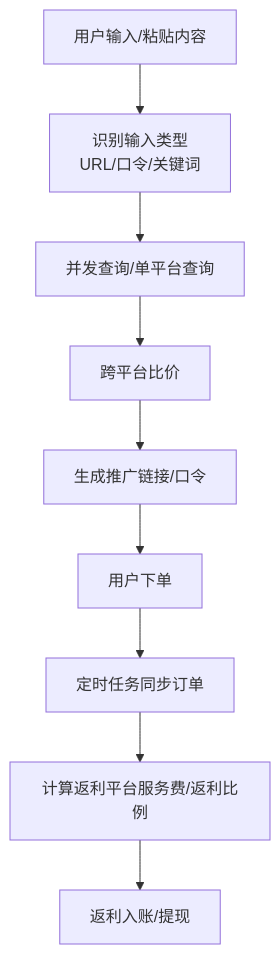
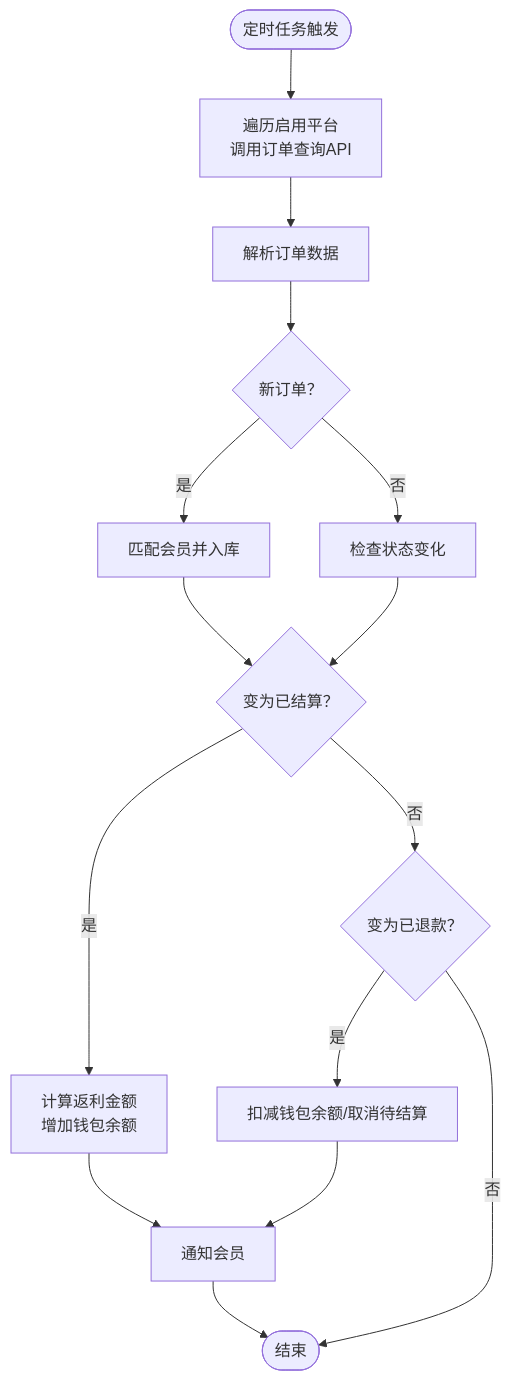
The sixth of 7 diagrams in .qoder/repowiki/zh/content/项目概述/项目介绍与背景.md (zhuangpengLI/AgenticCPS), drawn with Mermaid before and after one commit. The commit also changed other lines of this file and 293 other files, not shown here.

````diff
--- a/.qoder/repowiki/zh/content/项目概述/项目介绍与背景.md
+++ b/.qoder/repowiki/zh/content/项目概述/项目介绍与背景.md
@@ -197,11 +208,17 @@
 ```mermaid
 flowchart TD
-U["用户输入/粘贴内容"] --> Detect["识别输入类型<br/>URL/口令/关键词"]
-Detect --> Search["并发查询/单平台查询"]
-Search --> Compare["跨平台比价"]
-Compare --> Link["生成推广链接/口令"]
-Link --> Order["用户下单"]
-Order --> Sync["定时任务同步订单"]
-Sync --> Calc["计算返利平台服务费/返利比例"]
-Calc --> Wallet["返利入账/提现"]
+Start(["定时任务触发"]) --> Query["遍历启用平台<br/>调用订单查询API"]
+Query --> Parse["解析订单数据"]
+Parse --> NewOrder{"新订单？"}
+NewOrder --> |是| Match["匹配会员并入库"]
+NewOrder --> |否| Check["检查状态变化"]
+Match --> Settle{"变为已结算？"}
+Check --> Settle
+Settle --> |是| Calc["计算返利金额<br/>增加钱包余额"]
+Settle --> |否| Refund{"变为已退款？"}
+Refund --> |是| Deduct["扣减钱包余额/取消待结算"]
+Refund --> |否| End(["结束"])
+Calc --> Notify["通知会员"]
+Deduct --> Notify
+Notify --> End
 ```
````
